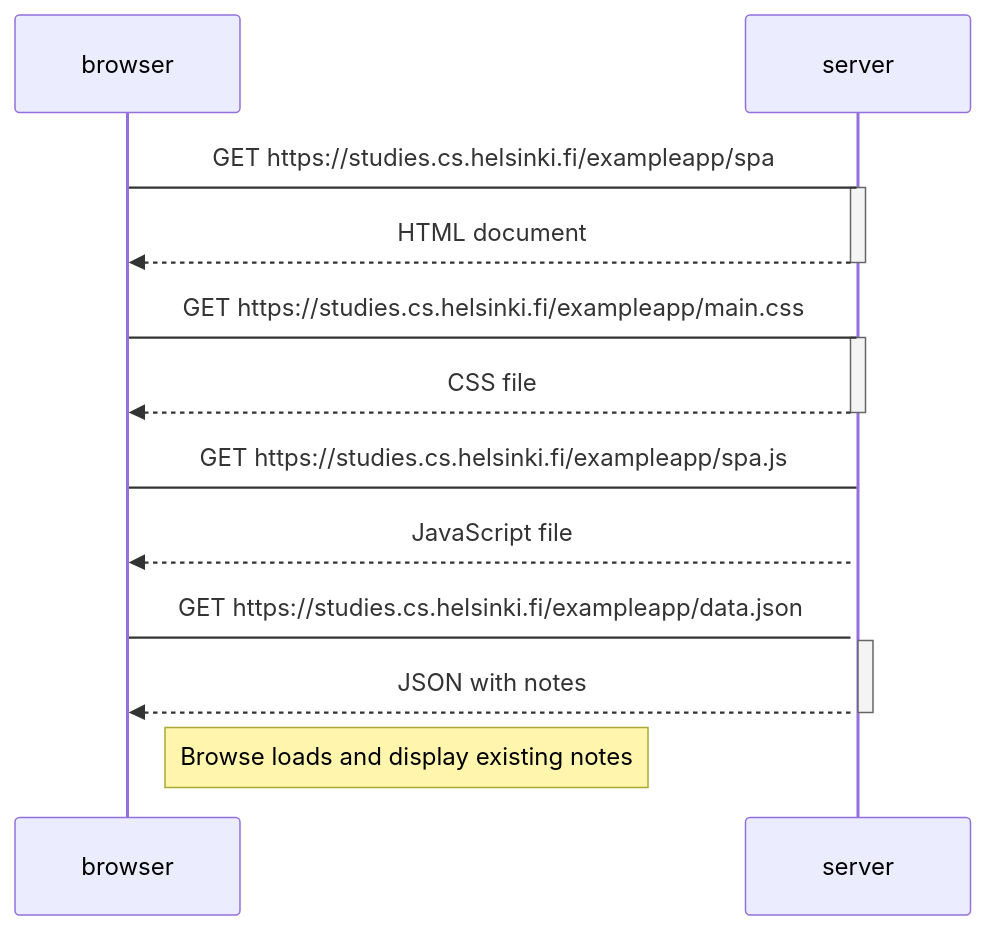
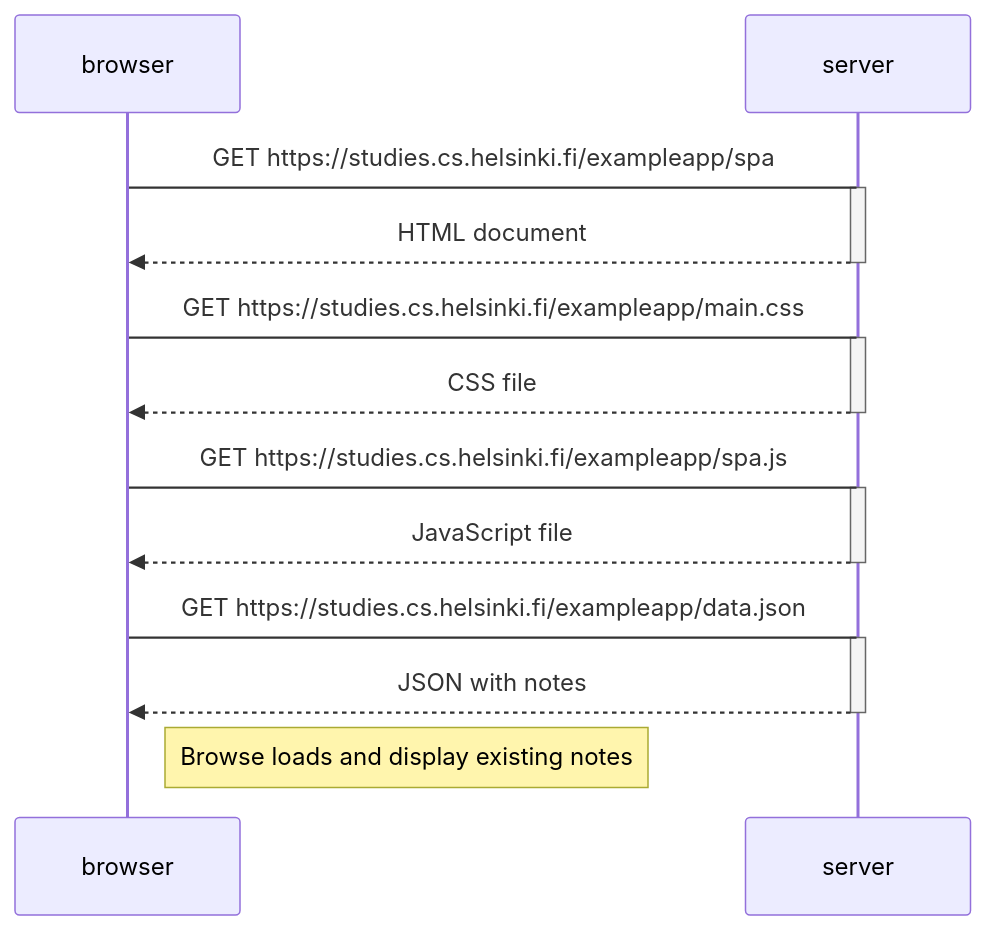
Before and after one commit to RafaelaYazawa/helsinki-web-develop: the diagram in part-0/exercises0.5.md, drawn with Mermaid. The commit also changed 1 other file, not shown here.

Commit message:
Fixed exercise 0.5

````diff
--- a/part-0/exercises0.5.md
+++ b/part-0/exercises0.5.md
@@ -1,26 +1,28 @@
 ```mermaid
   sequenceDiagram
     participant browser
     participant server
 
     browser->server: GET https://studies.cs.helsinki.fi/exampleapp/spa
     activate server
     server-->>browser: HTML document
     deactivate server
 
     browser->server: GET https://studies.cs.helsinki.fi/exampleapp/main.css
     activate server
     server-->>browser: CSS file
     deactivate server
 
     browser->server: GET https://studies.cs.helsinki.fi/exampleapp/spa.js
     activate server
     server-->>browser: JavaScript file
+    deactivate server
+
 
     browser->server: GET  https://studies.cs.helsinki.fi/exampleapp/data.json
     activate server
     server-->>browser: JSON with notes
     deactivate server
 
     Note right of browser: Browse loads and display existing notes
 ```
````
